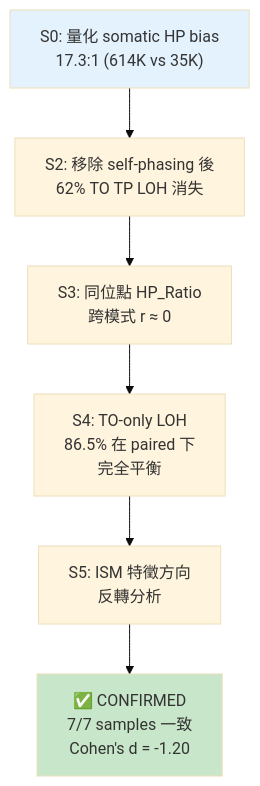
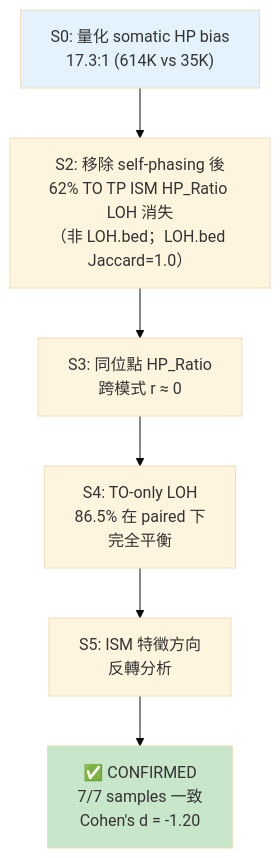
Before and after one commit to liaoyoyo/InterSubMod: the fourth of 6 diagrams in docs/reports/research_landscape/05_證據鏈總覽.md, drawn with Mermaid (base theme). The commit also changed 44 other files, not shown here.

````diff
--- a/docs/reports/research_landscape/05_證據鏈總覽.md
+++ b/docs/reports/research_landscape/05_證據鏈總覽.md
@@ -158,17 +158,17 @@
 ```mermaid
 graph TB
     S0["S0: 量化 somatic HP bias<br/>17.3:1 (614K vs 35K)"]
-    S2["S2: 移除 self-phasing 後<br/>62% TO TP LOH 消失"]
+    S2["S2: 移除 self-phasing 後<br/>62% TO TP ISM HP_Ratio LOH 消失<br/>（非 LOH.bed；LOH.bed Jaccard=1.0）"]
     S3["S3: 同位點 HP_Ratio<br/>跨模式 r ≈ 0"]
     S4["S4: TO-only LOH<br/>86.5% 在 paired 下<br/>完全平衡"]
     S5["S5: ISM 特徵方向<br/>反轉分析"]
 
     S0 --> S2 --> S3 --> S4 --> S5
 
     V["✅ CONFIRMED<br/>7/7 samples 一致<br/>Cohen's d = -1.20"]
 
     S5 --> V
 
     style S0 fill:#e3f2fd
     style V fill:#c8e6c9
 ```
````
